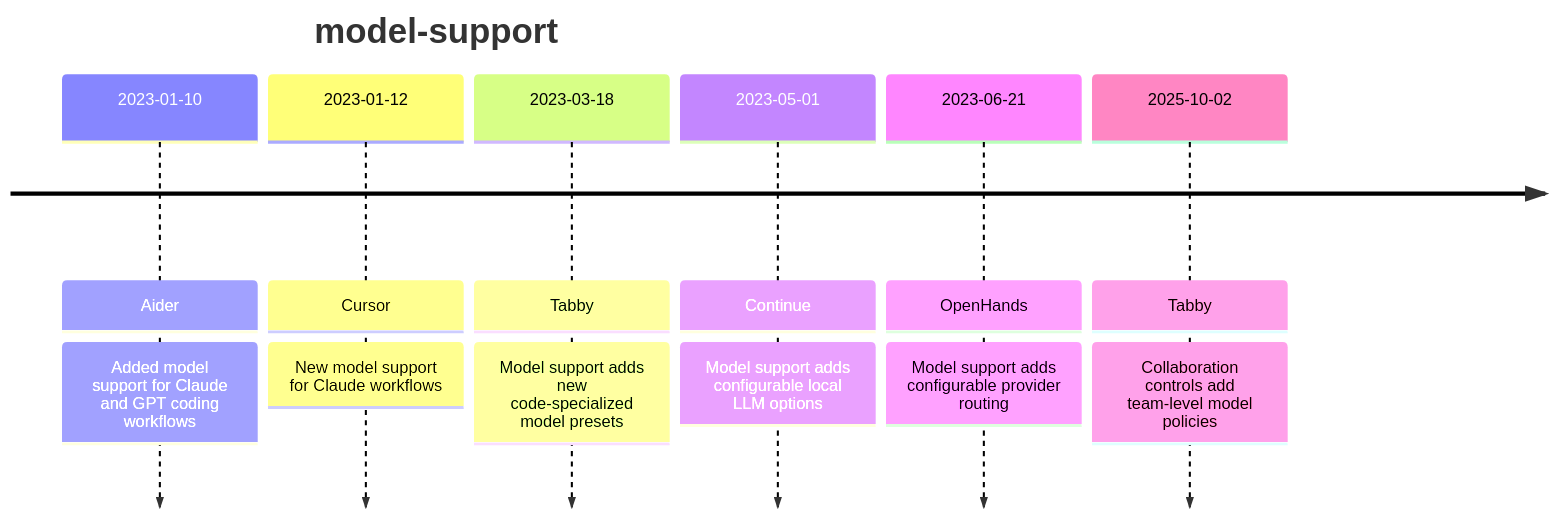
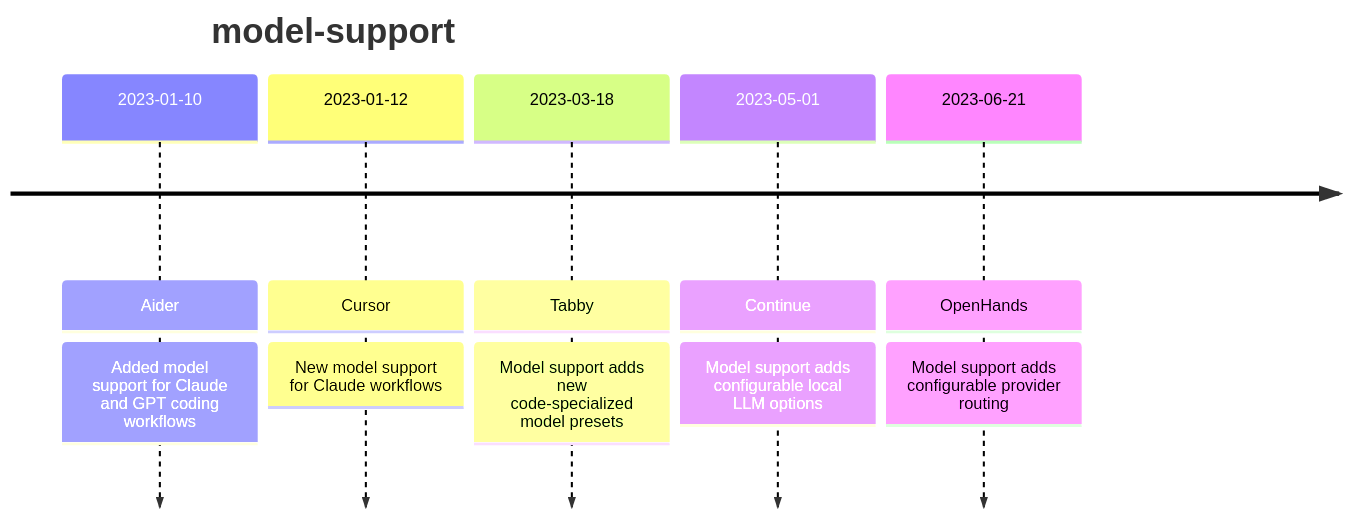
Before and after one commit to Wang-Shuo/chronolog: the diagram in Themes/model-support.md, drawn with Mermaid. The commit also changed other lines of this file and 58 other files, not shown here.

````diff
--- a/Themes/model-support.md
+++ b/Themes/model-support.md
@@ -20,10 +23,9 @@
 ```mermaid
 timeline
     title model-support
     2023-01-10 : Aider : Added model support for Claude and GPT coding workflows
     2023-01-12 : Cursor : New model support for Claude workflows
     2023-03-18 : Tabby : Model support adds new code-specialized model presets
     2023-05-01 : Continue : Model support adds configurable local LLM options
     2023-06-21 : OpenHands : Model support adds configurable provider routing
-    2025-10-02 : Tabby : Collaboration controls add team-level model policies
 ```
````
